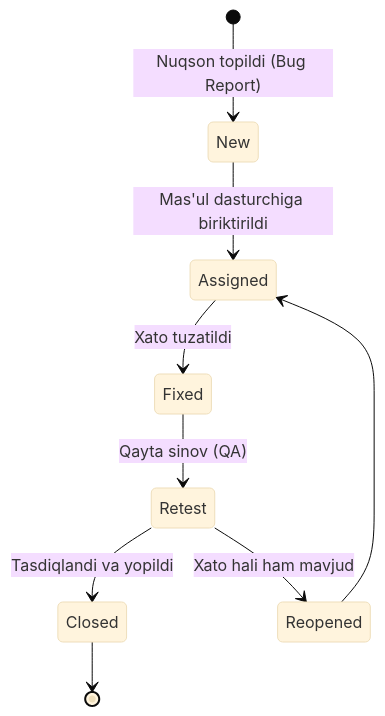
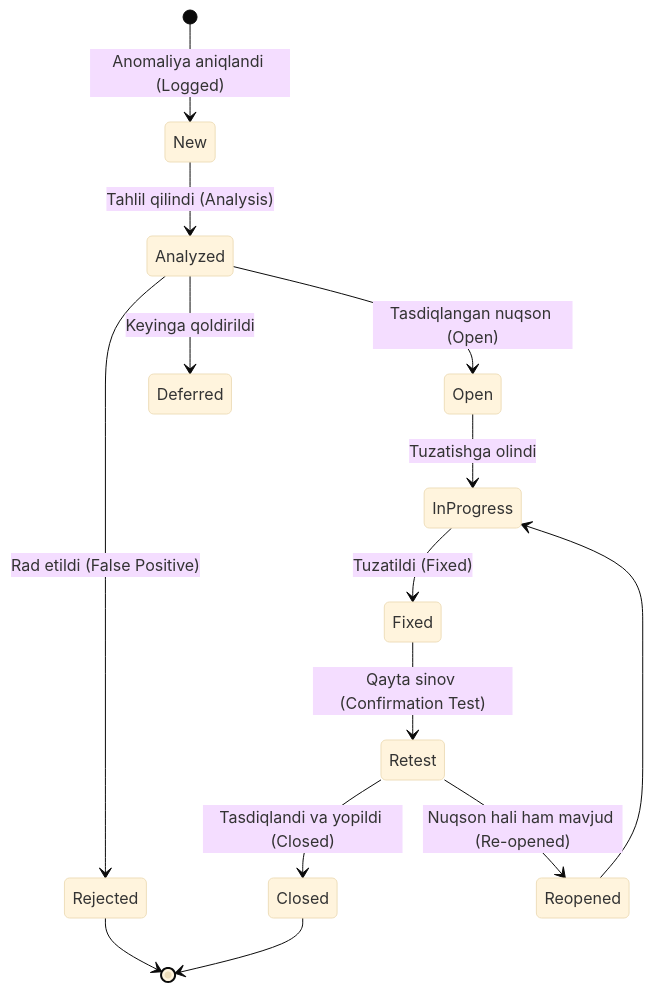
Diagram 12 of 12 in app/docs/istqb-foundation/managing-the-test-activities/page.mdx (Ergashov15/qa-uzbekistan), drawn with Mermaid (base theme) before and after one commit. The commit also changed other lines of this file and 5 other files, not shown here.

````diff
--- a/app/docs/istqb-foundation/managing-the-test-activities/page.mdx
+++ b/app/docs/istqb-foundation/managing-the-test-activities/page.mdx
@@ -58,11 +1300,16 @@
 ```mermaid
 stateDiagram-v2
-    [*] --> New: Nuqson topildi (Bug Report)
-    New --> Assigned: Mas'ul dasturchiga biriktirildi
-    Assigned --> Fixed: Xato tuzatildi
-    Fixed --> Retest: Qayta sinov (QA)
-    Retest --> Closed: Tasdiqlandi va yopildi
-    Retest --> Reopened: Xato hali ham mavjud
-    Reopened --> Assigned
+    [*] --> New: Anomaliya aniqlandi (Logged)
+    New --> Analyzed: Tahlil qilindi (Analysis)
+    Analyzed --> Rejected: Rad etildi (False Positive)
+    Analyzed --> Deferred: Keyinga qoldirildi
+    Analyzed --> Open: Tasdiqlangan nuqson (Open)
+    Open --> InProgress: Tuzatishga olindi
+    InProgress --> Fixed: Tuzatildi (Fixed)
+    Fixed --> Retest: Qayta sinov (Confirmation Test)
+    Retest --> Closed: Tasdiqlandi va yopildi (Closed)
+    Retest --> Reopened: Nuqson hali ham mavjud (Re-opened)
+    Reopened --> InProgress
     Closed --> [*]
+    Rejected --> [*]
 ```
````
